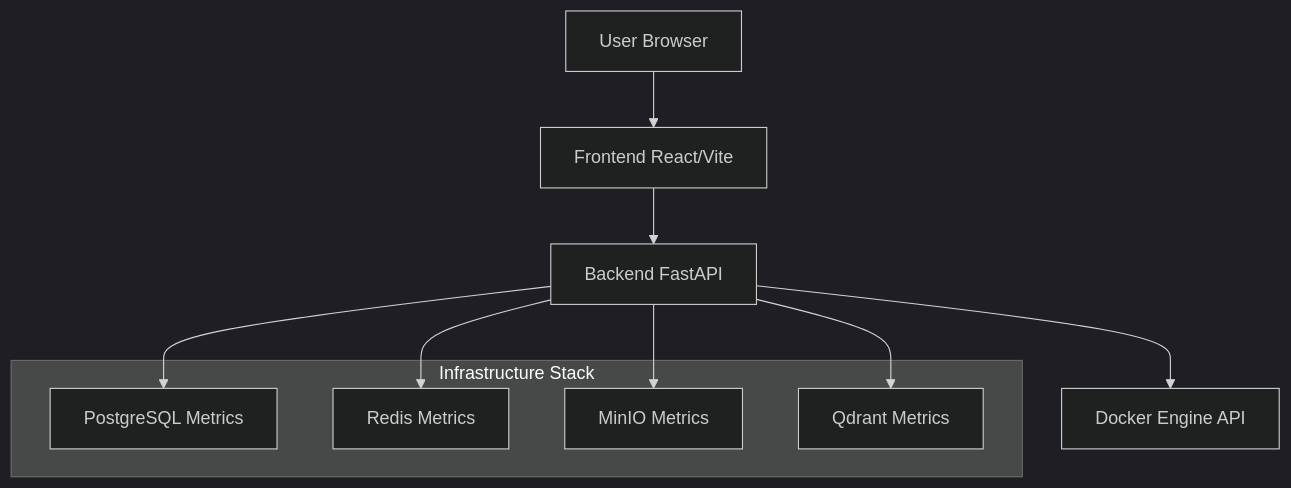
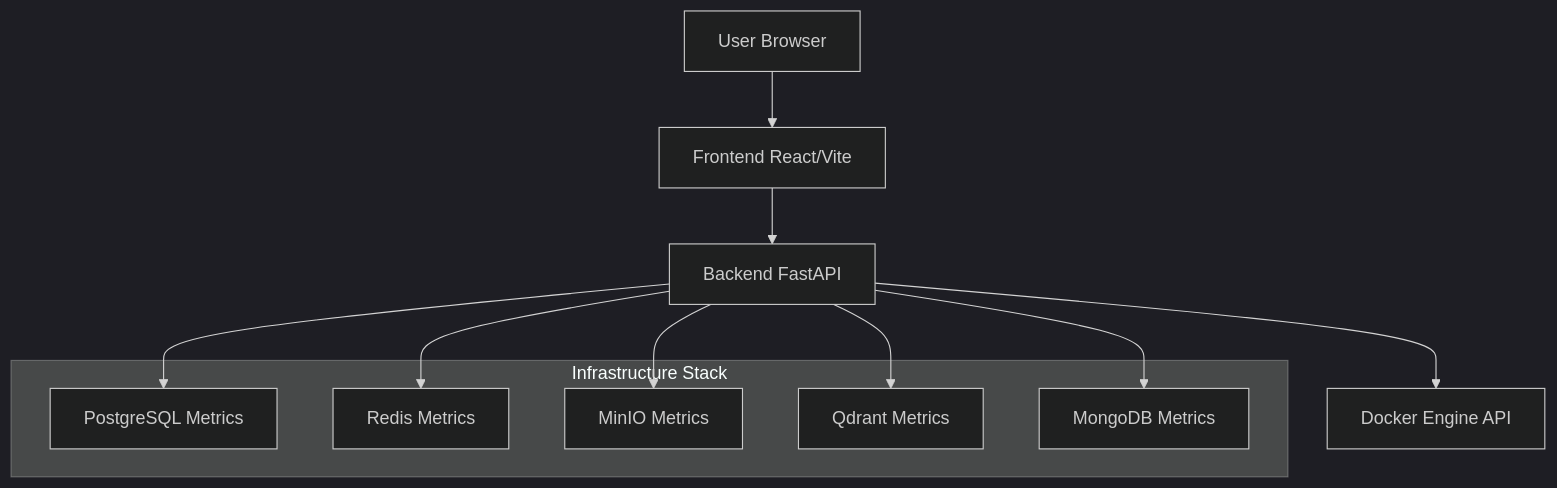
One commit to Hari31416/infra-manager changed the diagram in README.md. Above: the diagram before and after it, drawn with Mermaid (dark theme). The commit also changed other lines of this file and 9 other files, not shown here.

````diff
--- a/README.md
+++ b/README.md
@@ -25,17 +38,19 @@
 ```mermaid
 graph TD
     User[User Browser] --> Frontend[Frontend React/Vite]
     Frontend --> Backend[Backend FastAPI]
     Backend --> Docker[Docker Engine API]
     Backend --> Postgres[PostgreSQL Metrics]
     Backend --> Redis[Redis Metrics]
     Backend --> MinIO[MinIO Metrics]
     Backend --> Qdrant[Qdrant Metrics]
+    Backend --> MongoDB[MongoDB Metrics]
     
     subgraph "Infrastructure Stack"
         Postgres
         Redis
         MinIO
         Qdrant
+        MongoDB
     end
 ```
````
